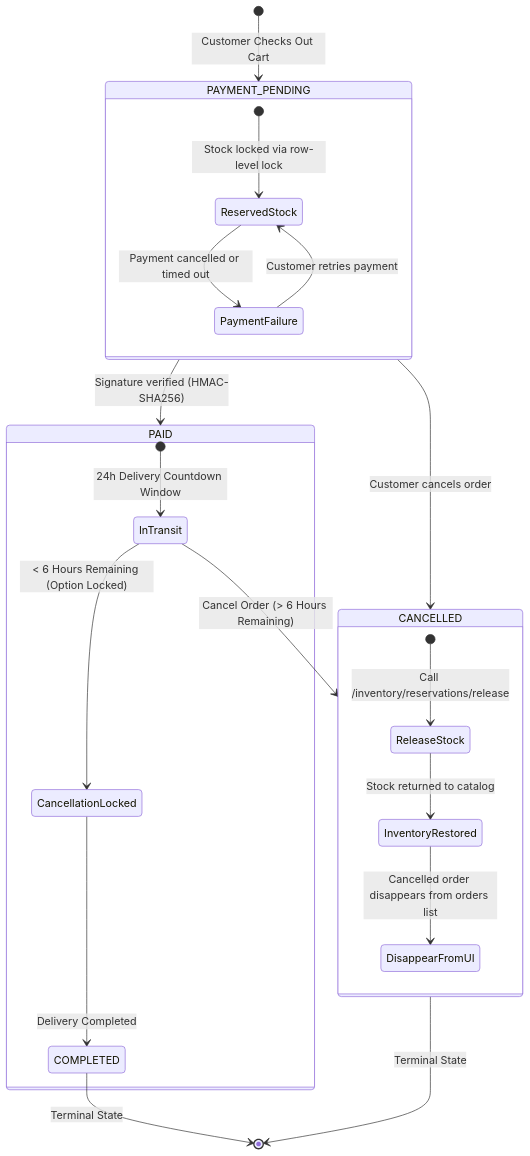
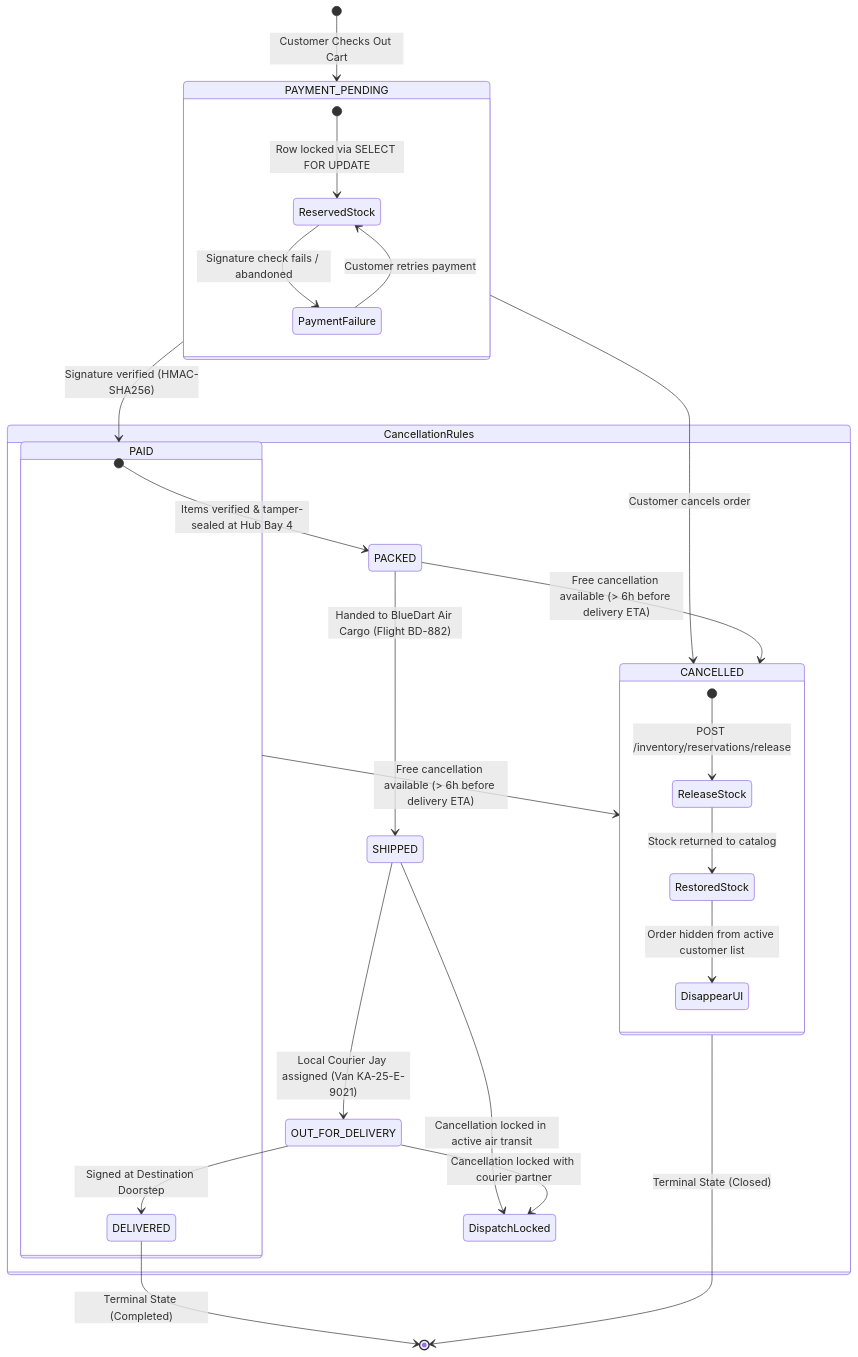
One commit to Jayantha1028/Ecommerce-Microservices-site changed the third of 4 diagrams in doc/README.md. Above: the diagram before and after it, drawn with Mermaid. The commit also changed other lines of this file, not shown here.

````diff
--- a/doc/README.md
+++ b/doc/README.md
@@ -140,30 +141,36 @@
 ```mermaid
 stateDiagram-v2
     [*] --> PAYMENT_PENDING: Customer Checks Out Cart
 
     state PAYMENT_PENDING {
-        [*] --> ReservedStock: Stock locked via row-level lock
-        ReservedStock --> PaymentFailure: Payment cancelled or timed out
+        [*] --> ReservedStock: Row locked via SELECT FOR UPDATE
+        ReservedStock --> PaymentFailure: Signature check fails / abandoned
         PaymentFailure --> ReservedStock: Customer retries payment
     }
 
     PAYMENT_PENDING --> PAID: Signature verified (HMAC-SHA256)
     PAYMENT_PENDING --> CANCELLED: Customer cancels order
 
     state PAID {
-        [*] --> InTransit: 24h Delivery Countdown Window
-        InTransit --> CancellationLocked: < 6 Hours Remaining (Option Locked)
-        CancellationLocked --> COMPLETED: Delivery Completed
+        [*] --> PACKED: Items verified & tamper-sealed at Hub Bay 4
+        PACKED --> SHIPPED: Handed to BlueDart Air Cargo (Flight BD-882)
+        SHIPPED --> OUT_FOR_DELIVERY: Local Courier Jay assigned (Van KA-25-E-9021)
+        OUT_FOR_DELIVERY --> DELIVERED: Signed at Destination Doorstep
     }
 
-    InTransit --> CANCELLED: Cancel Order (> 6 Hours Remaining)
+    state CancellationRules {
+        PAID --> CANCELLED: Free cancellation available (> 6h before delivery ETA)
+        PACKED --> CANCELLED: Free cancellation available (> 6h before delivery ETA)
+        SHIPPED --> DispatchLocked: Cancellation locked in active air transit
+        OUT_FOR_DELIVERY --> DispatchLocked: Cancellation locked with courier partner
+    }
 
     state CANCELLED {
-        [*] --> ReleaseStock: Call /inventory/reservations/release
-        ReleaseStock --> InventoryRestored: Stock returned to catalog
-        InventoryRestored --> DisappearFromUI: Cancelled order disappears from orders list
+        [*] --> ReleaseStock: POST /inventory/reservations/release
+        ReleaseStock --> RestoredStock: Stock returned to catalog
+        RestoredStock --> DisappearUI: Order hidden from active customer list
     }
 
-    COMPLETED --> [*]: Terminal State
-    CANCELLED --> [*]: Terminal State
+    DELIVERED --> [*]: Terminal State (Completed)
+    CANCELLED --> [*]: Terminal State (Closed)
 ```
````
